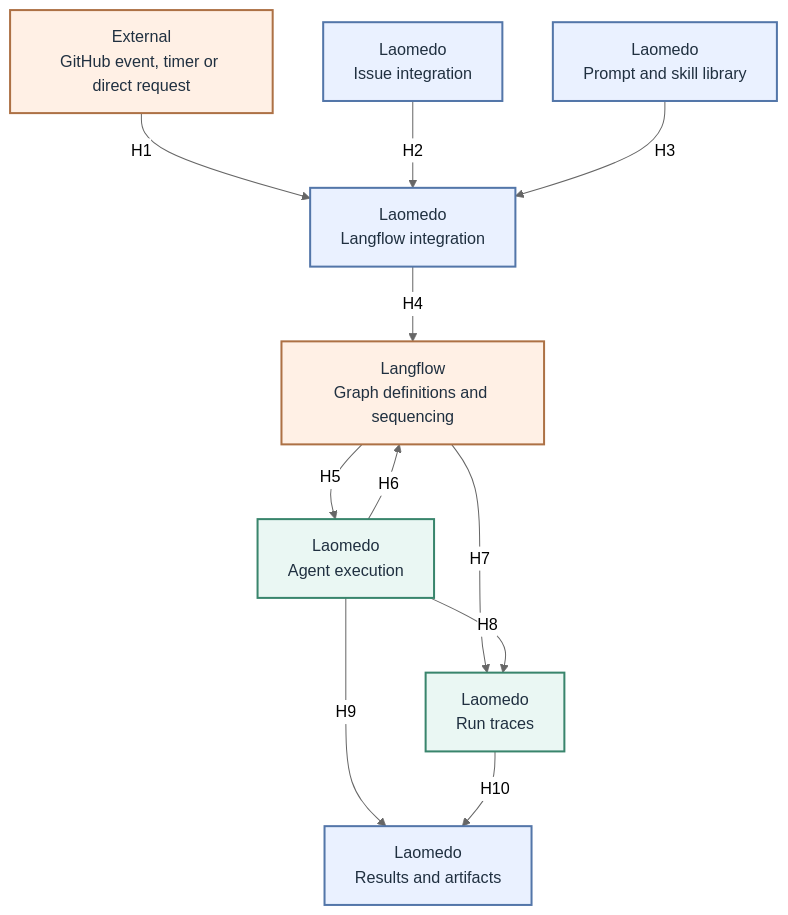
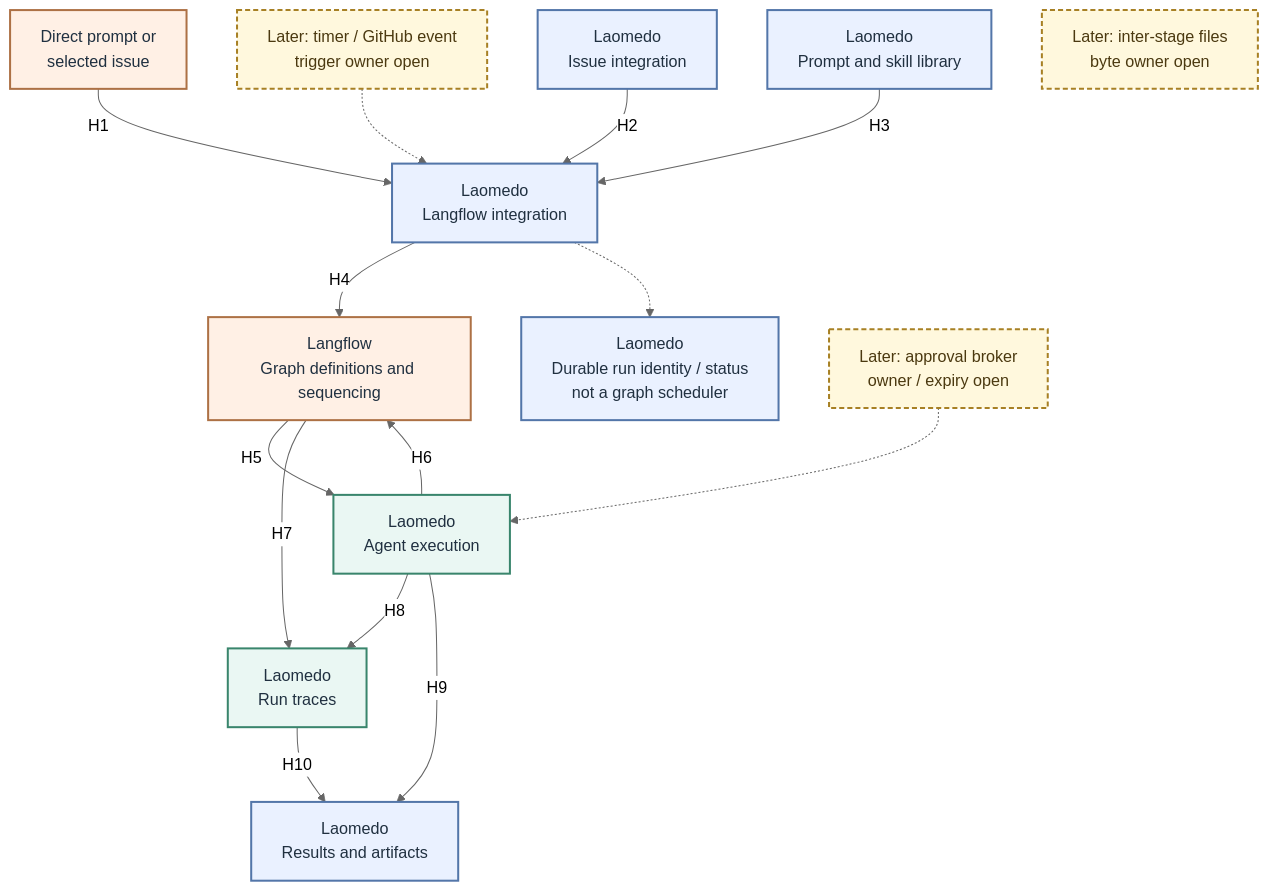
One commit to amadou-6e/specs changed the diagram in projects/laomedo/architecture/subsystem-handoffs-launch.mmd. Above: the diagram before and after it, drawn with Mermaid (neutral theme). The commit also changed 3 other files, not shown here.

Commit message:
docs(laomedo): expose graph ownership and first-slice gates

```diff
--- a/projects/laomedo/architecture/subsystem-handoffs-launch.mmd
+++ b/projects/laomedo/architecture/subsystem-handoffs-launch.mmd
@@ -1,27 +1,36 @@
 flowchart TB
-  EVENTS["External<br/>GitHub event, timer or direct request"]
+  EVENTS["Direct prompt or<br/>selected issue"]
+  FUTURE_TRIGGERS["Later: timer / GitHub event<br/>trigger owner open"]
   ISSUES["Laomedo<br/>Issue integration"]
   LIBRARY["Laomedo<br/>Prompt and skill library"]
   BRIDGE["Laomedo<br/>Langflow integration"]
+  RECORD["Laomedo<br/>Durable run identity / status<br/>not a graph scheduler"]
   LANGFLOW["Langflow<br/>Graph definitions and sequencing"]
   AGENT["Laomedo<br/>Agent execution"]
+  APPROVAL["Later: approval broker<br/>owner / expiry open"]
+  FILES["Later: inter-stage files<br/>byte owner open"]
   TRACES["Laomedo<br/>Run traces"]
   RESULTS["Laomedo<br/>Results and artifacts"]
 
   EVENTS -->|H1| BRIDGE
+  FUTURE_TRIGGERS -.-> BRIDGE
   ISSUES -->|H2| BRIDGE
   LIBRARY -->|H3| BRIDGE
   BRIDGE -->|H4| LANGFLOW
+  BRIDGE -.-> RECORD
   LANGFLOW -->|H5| AGENT
+  APPROVAL -.-> AGENT
   AGENT -->|H6| LANGFLOW
   LANGFLOW -->|H7| TRACES
   AGENT -->|H8| TRACES
   AGENT -->|H9| RESULTS
   TRACES -->|H10| RESULTS
 
   classDef proposed fill:#eaf1ff,stroke:#5376a9,color:#203040,stroke-width:2px
   classDef existing fill:#eaf7f3,stroke:#39856c,color:#203040,stroke-width:2px
   classDef external fill:#fff0e5,stroke:#ad7145,color:#203040,stroke-width:2px
-  class ISSUES,LIBRARY,BRIDGE,RESULTS proposed
+  class ISSUES,LIBRARY,BRIDGE,RECORD,RESULTS proposed
   class AGENT,TRACES existing
   class EVENTS,LANGFLOW external
+  classDef unresolved fill:#fff8dd,stroke:#a78024,color:#4b3910,stroke-width:2px,stroke-dasharray:5 3
+  class FUTURE_TRIGGERS,APPROVAL,FILES unresolved
```
